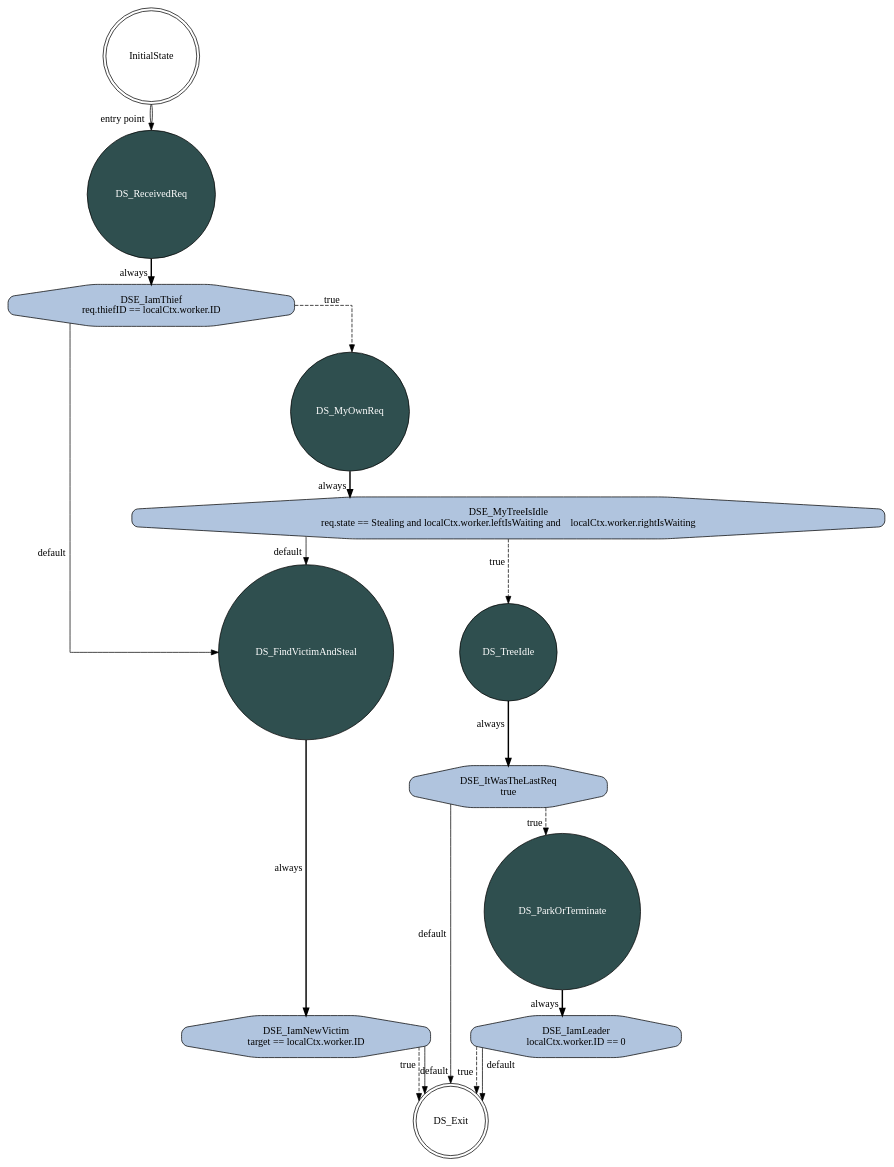
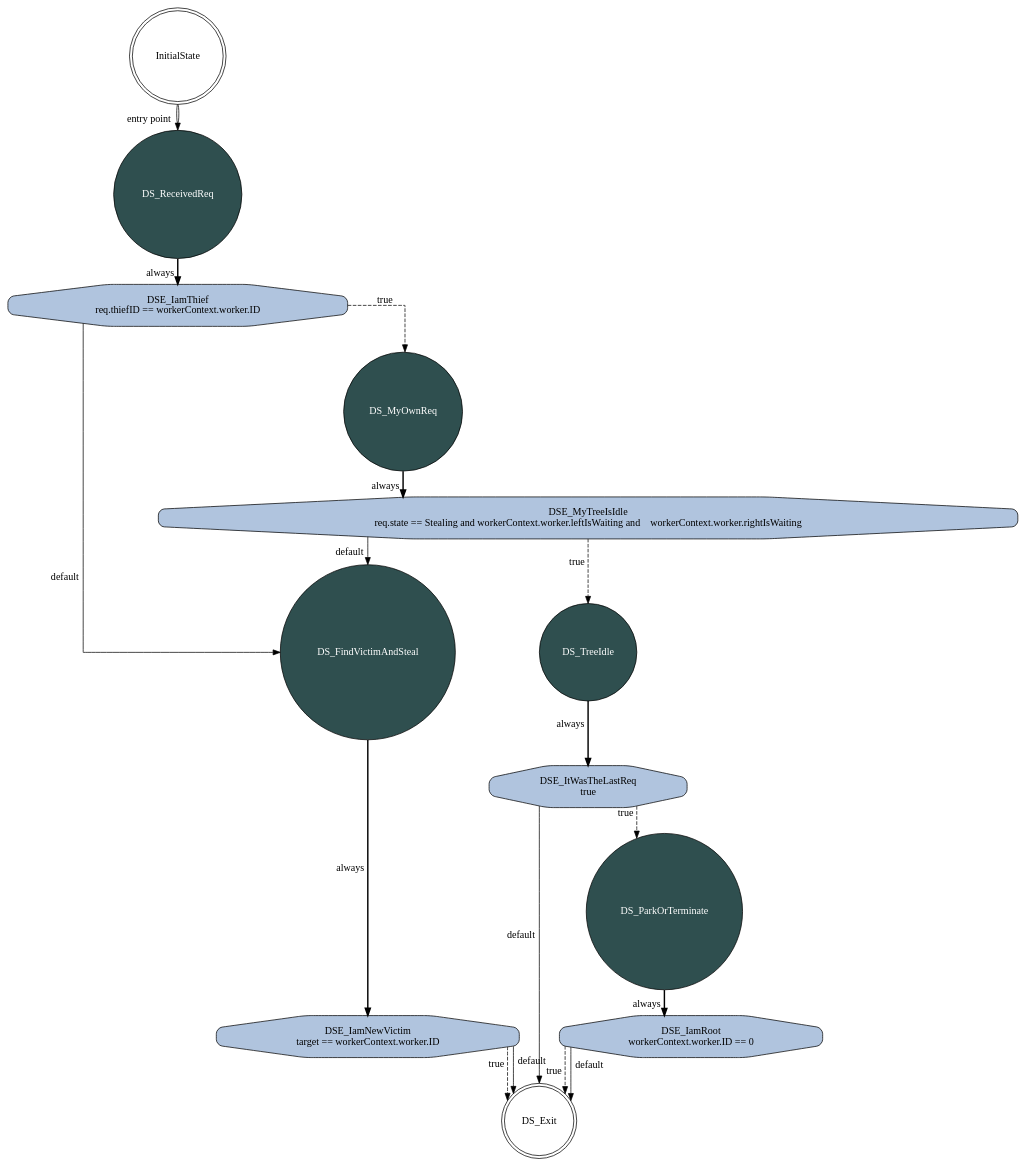
One commit to mratsim/weave changed the diagram in weave/state_machines/decline_thief.dot. Above: the diagram before and after it, drawn with Graphviz. The commit also changed 17 other files, not shown here.

```diff
--- a/weave/state_machines/decline_thief.dot
+++ b/weave/state_machines/decline_thief.dot
@@ -1,27 +1,27 @@
 digraph declineReqFSA{
     splines=ortho;
     node [shape = doublecircle]; InitialState DS_Exit;
     node [shape = circle, fontcolor=white, fillcolor=darkslategrey, style="filled"]; DS_ParkOrTerminate DS_ReceivedReq DS_FindVictimAndSteal DS_MyOwnReq DS_TreeIdle;
     InitialState -> DS_ReceivedReq [color="black:invis:black", xlabel="entry point"];
-    node [shape = octagon, fontcolor=black, fillcolor=lightsteelblue, style="rounded,filled"]; DS_ParkOrTerminate_DSE_IamLeader DS_ReceivedReq_DSE_IamThief DS_FindVictimAndSteal_DSE_IamNewVictim DS_MyOwnReq_DSE_MyTreeIsIdle DS_TreeIdle_DSE_ItWasTheLastReq ;
-    DS_ParkOrTerminate_DSE_IamLeader [label="DSE_IamLeader\nlocalCtx.worker.ID == 0"];
-    DS_ReceivedReq_DSE_IamThief [label="DSE_IamThief\nreq.thiefID == localCtx.worker.ID"];
-    DS_FindVictimAndSteal_DSE_IamNewVictim [label="DSE_IamNewVictim\ntarget == localCtx.worker.ID"];
-    DS_MyOwnReq_DSE_MyTreeIsIdle [label="DSE_MyTreeIsIdle\nreq.state == Stealing and localCtx.worker.leftIsWaiting and    localCtx.worker.rightIsWaiting"];
+    node [shape = octagon, fontcolor=black, fillcolor=lightsteelblue, style="rounded,filled"]; DS_ParkOrTerminate_DSE_IamRoot DS_ReceivedReq_DSE_IamThief DS_FindVictimAndSteal_DSE_IamNewVictim DS_MyOwnReq_DSE_MyTreeIsIdle DS_TreeIdle_DSE_ItWasTheLastReq ;
+    DS_ParkOrTerminate_DSE_IamRoot [label="DSE_IamRoot\nworkerContext.worker.ID == 0"];
+    DS_ReceivedReq_DSE_IamThief [label="DSE_IamThief\nreq.thiefID == workerContext.worker.ID"];
+    DS_FindVictimAndSteal_DSE_IamNewVictim [label="DSE_IamNewVictim\ntarget == workerContext.worker.ID"];
+    DS_MyOwnReq_DSE_MyTreeIsIdle [label="DSE_MyTreeIsIdle\nreq.state == Stealing and workerContext.worker.leftIsWaiting and    workerContext.worker.rightIsWaiting"];
     DS_TreeIdle_DSE_ItWasTheLastReq [label="DSE_ItWasTheLastReq\ntrue"];
-    DS_ParkOrTerminate -> DS_ParkOrTerminate_DSE_IamLeader[style=bold, xlabel="always"];
-    DS_ParkOrTerminate_DSE_IamLeader -> DS_Exit [style=dashed, xlabel="true"];
-    DS_ParkOrTerminate_DSE_IamLeader -> DS_Exit [xlabel="default"];
+    DS_ParkOrTerminate -> DS_ParkOrTerminate_DSE_IamRoot[style=bold, xlabel="always"];
+    DS_ParkOrTerminate_DSE_IamRoot -> DS_Exit [style=dashed, xlabel="true"];
+    DS_ParkOrTerminate_DSE_IamRoot -> DS_Exit [xlabel="default"];
     DS_ReceivedReq -> DS_ReceivedReq_DSE_IamThief[style=bold, xlabel="always"];
     DS_ReceivedReq_DSE_IamThief -> DS_MyOwnReq [style=dashed, xlabel="true"];
     DS_ReceivedReq_DSE_IamThief -> DS_FindVictimAndSteal [xlabel="default"];
     DS_FindVictimAndSteal -> DS_FindVictimAndSteal_DSE_IamNewVictim[style=bold, xlabel="always"];
     DS_FindVictimAndSteal_DSE_IamNewVictim -> DS_Exit [style=dashed, xlabel="true"];
     DS_FindVictimAndSteal_DSE_IamNewVictim -> DS_Exit [xlabel="default"];
     DS_MyOwnReq -> DS_MyOwnReq_DSE_MyTreeIsIdle[style=bold, xlabel="always"];
     DS_MyOwnReq_DSE_MyTreeIsIdle -> DS_TreeIdle [style=dashed, xlabel="true"];
     DS_MyOwnReq_DSE_MyTreeIsIdle -> DS_FindVictimAndSteal [xlabel="default"];
     DS_TreeIdle -> DS_TreeIdle_DSE_ItWasTheLastReq[style=bold, xlabel="always"];
     DS_TreeIdle_DSE_ItWasTheLastReq -> DS_ParkOrTerminate [style=dashed, xlabel="true"];
     DS_TreeIdle_DSE_ItWasTheLastReq -> DS_Exit [xlabel="default"];
 }
```
